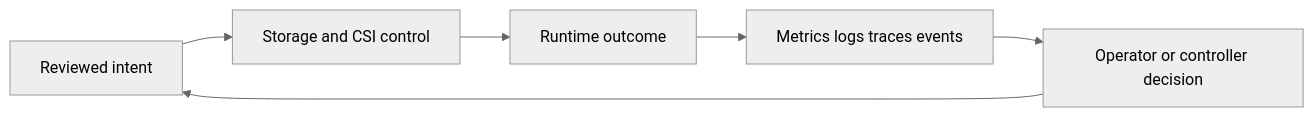
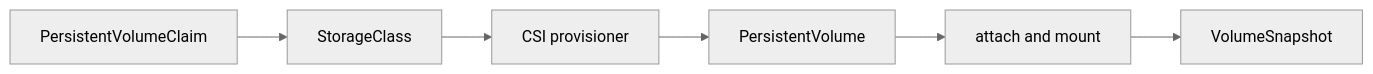
Before and after one commit to m1mohamad/devops-sre-prep: the diagram in docs/study/kubernetes/06-storage-and-csi.md, drawn with Mermaid (neutral theme). The commit also changed other lines of this file and 61 other files, not shown here.

Commit message:
Replace generic architecture and study templates

````diff
--- a/docs/study/kubernetes/06-storage-and-csi.md
+++ b/docs/study/kubernetes/06-storage-and-csi.md
@@ -20,8 +15,4 @@
 ```mermaid
 flowchart LR
-  Intent[Reviewed intent] --> Control[Storage and CSI control]
-  Control --> Runtime[Runtime outcome]
-  Runtime --> Signals[Metrics logs traces events]
-  Signals --> Decision[Operator or controller decision]
-  Decision --> Intent
+  N0[PersistentVolumeClaim] --> N1[StorageClass] --> N2[CSI provisioner] --> N3[PersistentVolume] --> N4[attach and mount] --> N5[VolumeSnapshot]
 ```
````
